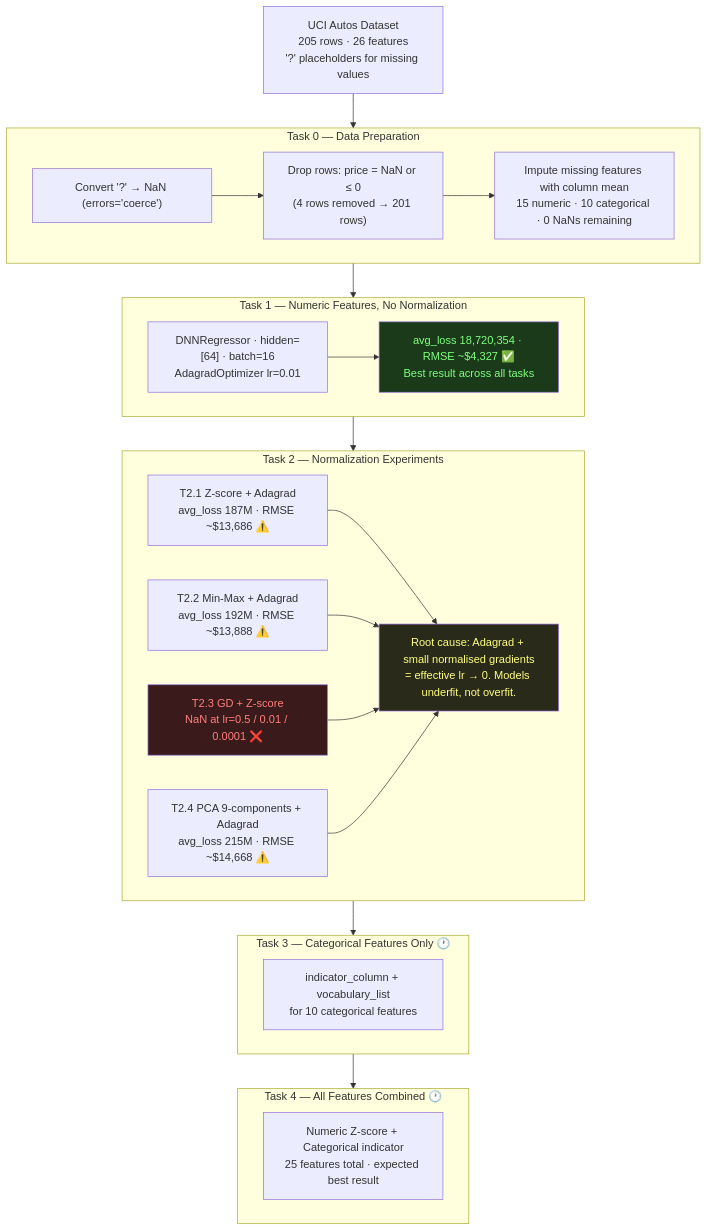
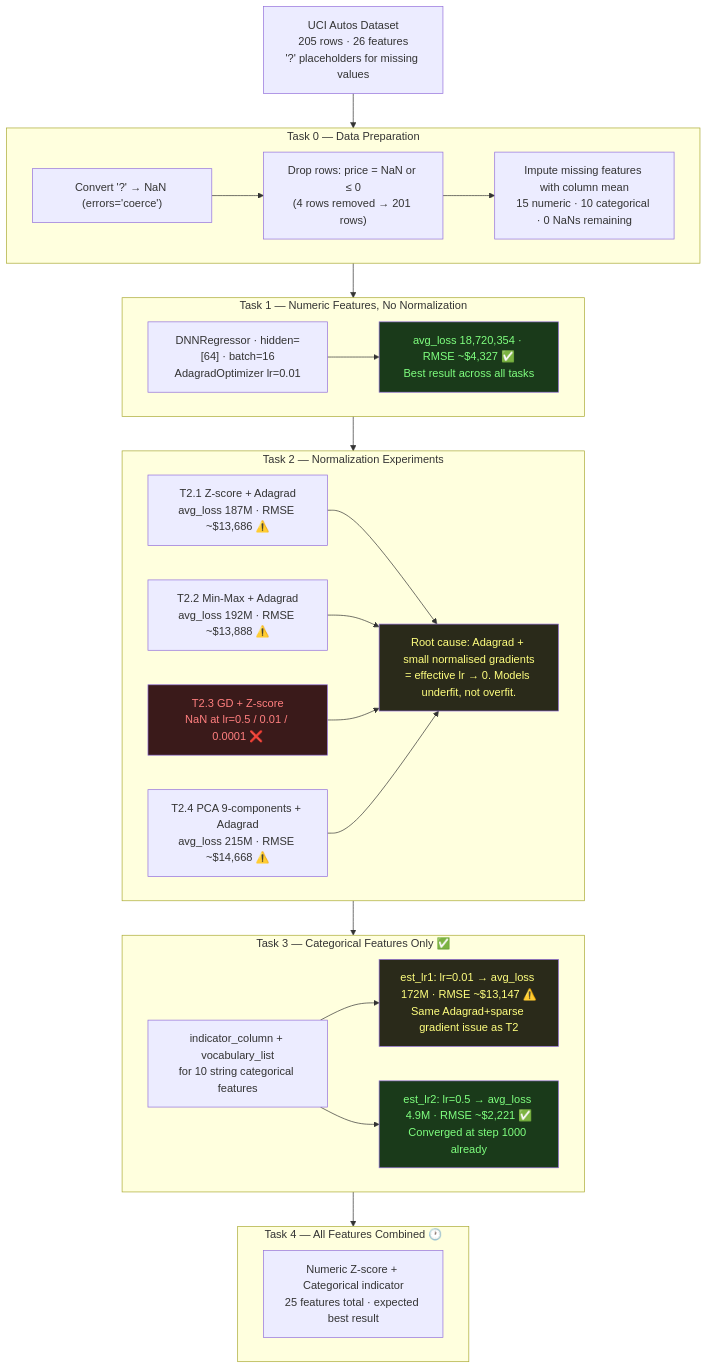
One commit to lfariabr/masters-swe-ai changed the diagram in 2026-T1/ISY/assignments/Assessment2/notes.md. Above: the diagram before and after it, drawn with Mermaid. The commit also changed other lines of this file and 3 other files, not shown here.

Commit message:
feat(study-isy503): Assessment 2, task 3 categorical-only model, lr=0.01 vs lr=0.5 (Relates #133)

````diff
--- a/2026-T1/ISY/assignments/Assessment2/notes.md
+++ b/2026-T1/ISY/assignments/Assessment2/notes.md
@@ -10,48 +10,53 @@
 ```mermaid
 flowchart TD
     RAW["UCI Autos Dataset<br>205 rows · 26 features<br>'?' placeholders for missing values"]
 
     RAW --> T0
 
     subgraph T0["Task 0 — Data Preparation"]
         T0A["Convert '?' → NaN (errors='coerce')"]
         T0B["Drop rows: price = NaN or ≤ 0<br>(4 rows removed → 201 rows)"]
         T0C["Impute missing features with column mean<br>15 numeric · 10 categorical · 0 NaNs remaining"]
         T0A --> T0B --> T0C
     end
 
     T0 --> T1
 
     subgraph T1["Task 1 — Numeric Features, No Normalization"]
         T1A["DNNRegressor · hidden=[64] · batch=16<br>AdagradOptimizer lr=0.01"]
         T1B["avg_loss 18,720,354 · RMSE ~$4,327 ✅<br>Best result across all tasks"]
         T1A --> T1B
     end
 
     T1 --> T2
 
     subgraph T2["Task 2 — Normalization Experiments"]
         T2A["T2.1 Z-score + Adagrad<br>avg_loss 187M · RMSE ~$13,686 ⚠️"]
         T2B["T2.2 Min-Max + Adagrad<br>avg_loss 192M · RMSE ~$13,888 ⚠️"]
         T2C["T2.3 GD + Z-score<br>NaN at lr=0.5 / 0.01 / 0.0001 ❌"]
         T2D["T2.4 PCA 9-components + Adagrad<br>avg_loss 215M · RMSE ~$14,668 ⚠️"]
         T2E["Root cause: Adagrad + small normalised gradients<br>= effective lr → 0. Models underfit, not overfit."]
         T2A & T2B & T2C & T2D --> T2E
     end
 
     T2 --> T3
 
-    subgraph T3["Task 3 — Categorical Features Only 🕐"]
-        T3A["indicator_column + vocabulary_list<br>for 10 categorical features"]
+    subgraph T3["Task 3 — Categorical Features Only ✅"]
+        T3A["indicator_column + vocabulary_list<br>for 10 string categorical features"]
+        T3B["est_lr1: lr=0.01 → avg_loss 172M · RMSE ~$13,147 ⚠️<br>Same Adagrad+sparse gradient issue as T2"]
+        T3C["est_lr2: lr=0.5 → avg_loss 4.9M · RMSE ~$2,221 ✅<br>Converged at step 1000 already"]
+        T3A --> T3B & T3C
     end
 
     T3 --> T4
 
     subgraph T4["Task 4 — All Features Combined 🕐"]
         T4A["Numeric Z-score + Categorical indicator<br>25 features total · expected best result"]
     end
 
     style T1B fill:#1a3a1a,color:#7fff7f
     style T2C fill:#3a1a1a,color:#ff7f7f
     style T2E fill:#2a2a1a,color:#ffff7f
+    style T3B fill:#2a2a1a,color:#ffff7f
+    style T3C fill:#1a3a1a,color:#7fff7f
 ```
````
